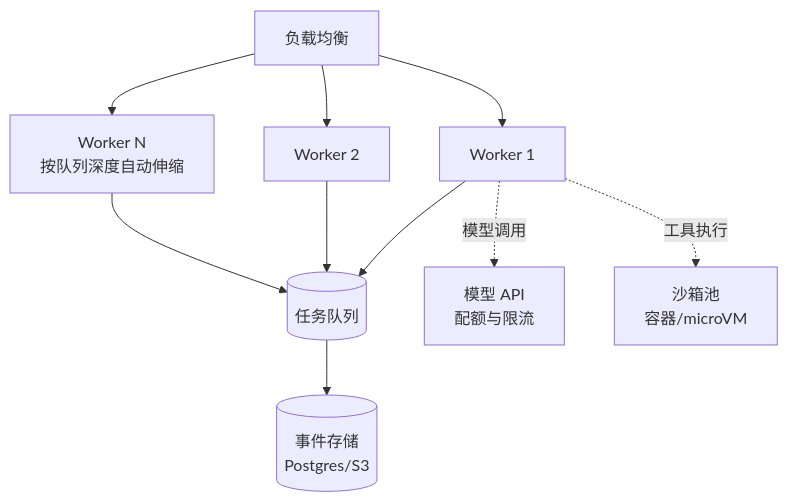
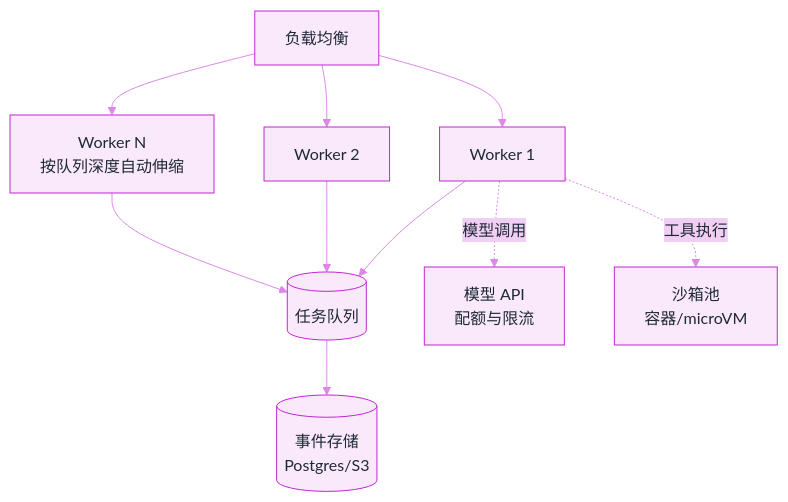
Before and after one commit to funny8kids/ai-agent-handbook: the diagram in docs/11-engineering/deployment-scaling.md, drawn with Mermaid. The commit also changed 144 other files, not shown here.

First line of the commit message:
Theme all 154 Mermaid diagrams with per-chapter colors via %%{init}%% directives

````diff
--- a/docs/11-engineering/deployment-scaling.md
+++ b/docs/11-engineering/deployment-scaling.md
@@ -61,10 +61,11 @@
 ```mermaid
+%%{init: {"theme":"base","themeVariables":{"primaryColor":"#F9E9FB","primaryBorderColor":"#C026D3","primaryTextColor":"#1F2937","secondaryColor":"#F1CFF5","tertiaryColor":"#FCF6FD","lineColor":"#DC88E7","actorBkg":"#FAEEFB","actorBorder":"#C026D3","actorTextColor":"#1F2937","signalColor":"#D367E0","noteBkgColor":"#F4D8F7","noteBorderColor":"#C026D3","noteTextColor":"#1F2937","labelBoxBkgColor":"#F9E9FB","labelBoxBorderColor":"#C026D3"}}}%%
 flowchart TB
   LB[负载均衡] --> W1[Worker 1]
   LB --> W2[Worker 2]
   LB --> W3[Worker N<br/>按队列深度自动伸缩]
   W1 & W2 & W3 --> Q[(任务队列)]
   Q --> E[(事件存储<br/>Postgres/S3)]
   W1 -.模型调用.-> API[模型 API<br/>配额与限流]
   W1 -.工具执行.-> SB[沙箱池<br/>容器/microVM]
 ```
````
